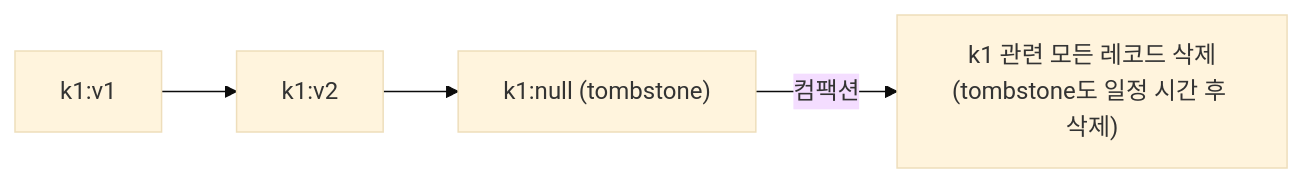
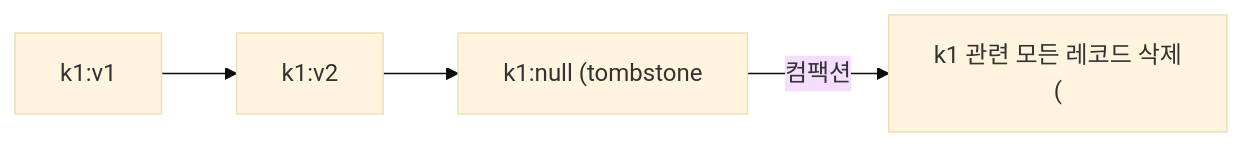
One commit to yjkim2015/yjkim2015.github.io changed diagram 21 of 21 in _posts/kafka/2026-05-01-kafka-internals.md. Above: the diagram before and after it, drawn with Mermaid (base theme). The commit also changed other lines of this file and 271 other files, not shown here.

First line of the commit message:
Mermaid 라벨 축소: 긴 노드 텍스트 18자 이하로 트림 + \n 제거

````diff
--- a/_posts/kafka/2026-05-01-kafka-internals.md
+++ b/_posts/kafka/2026-05-01-kafka-internals.md
@@ -607,5 +607,5 @@
 ```mermaid
 graph LR
-    T1["k1:v1"] --> T2["k1:v2"] --> T3["k1:null (tombstone)"]
-    T3 -->|컴팩션| GONE["k1 관련 모든 레코드 삭제\n(tombstone도 일정 시간 후 삭제)"]
+    T1["k1:v1"] --> T2["k1:v2"] --> T3["k1:null (tombstone"]
+    T3 -->|컴팩션| GONE["k1 관련 모든 레코드 삭제\n("]
 ```
````
